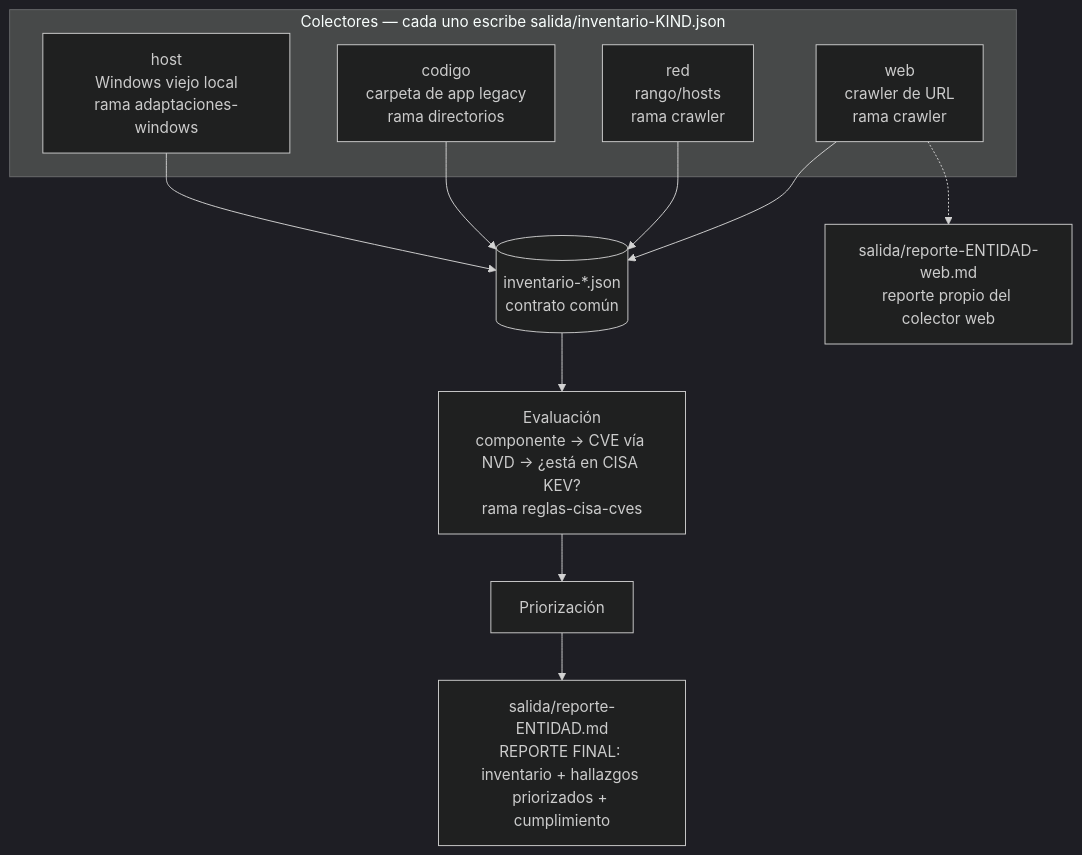
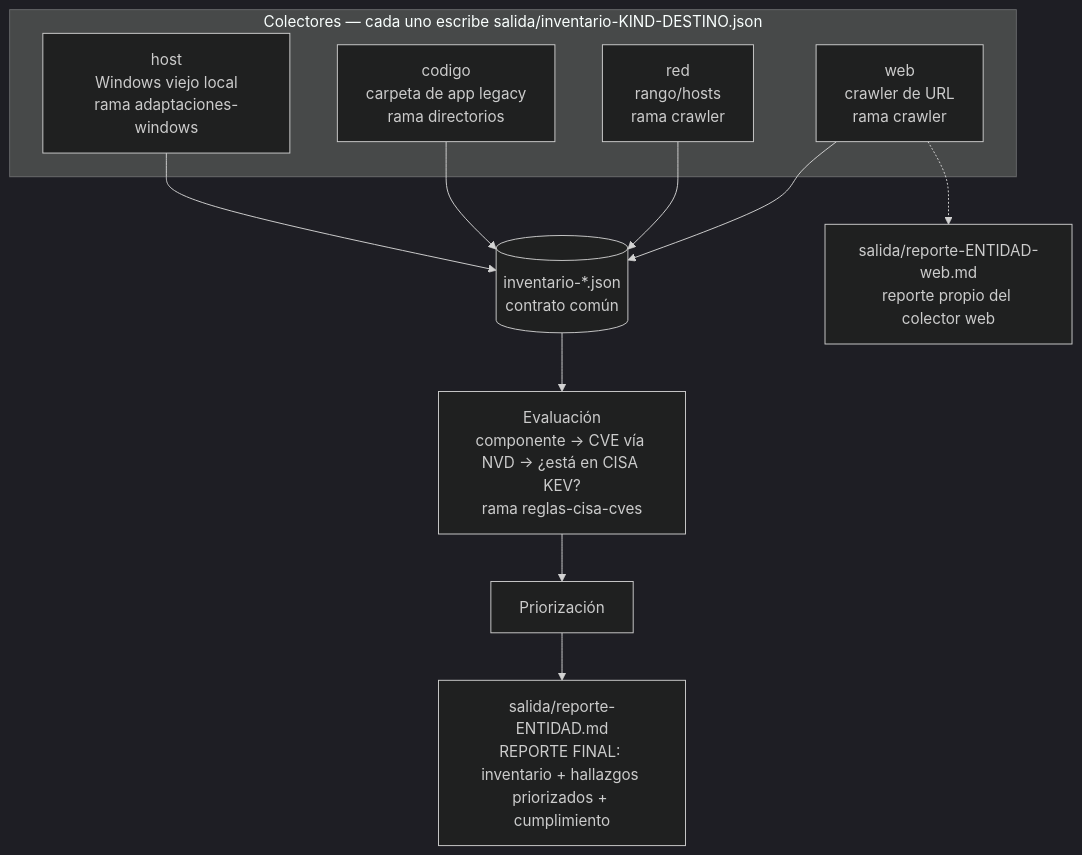
One commit to Zairocode/ReVital changed the diagram in docs/ReVital-explicado.md. Above: the diagram before and after it, drawn with Mermaid (dark theme). The commit also changed other lines of this file and 4 other files, not shown here.

First line of the commit message:
Contrato: guardar() nombra inventario por tipo y destino para no pisar objetivos

````diff
--- a/docs/ReVital-explicado.md
+++ b/docs/ReVital-explicado.md
@@ -77,17 +77,17 @@
 ```mermaid
 flowchart TD
-    subgraph C[Colectores — cada uno escribe salida/inventario-KIND.json]
+    subgraph C[Colectores — cada uno escribe salida/inventario-KIND-DESTINO.json]
         W[web<br/>crawler de URL<br/>rama crawler]
         R[red<br/>rango/hosts<br/>rama crawler]
         K[codigo<br/>carpeta de app legacy<br/>rama directorios]
         H[host<br/>Windows viejo local<br/>rama adaptaciones-windows]
     end
     W --> I[(inventario-*.json<br/>contrato común)]
     R --> I
     K --> I
     H --> I
     I --> E[Evaluación<br/>componente → CVE vía NVD → ¿está en CISA KEV?<br/>rama reglas-cisa-cves]
     E --> P[Priorización]
     P --> O[salida/reporte-ENTIDAD.md<br/>REPORTE FINAL: inventario + hallazgos priorizados + cumplimiento]
     W -.-> RW[salida/reporte-ENTIDAD-web.md<br/>reporte propio del colector web]
 ```
````
